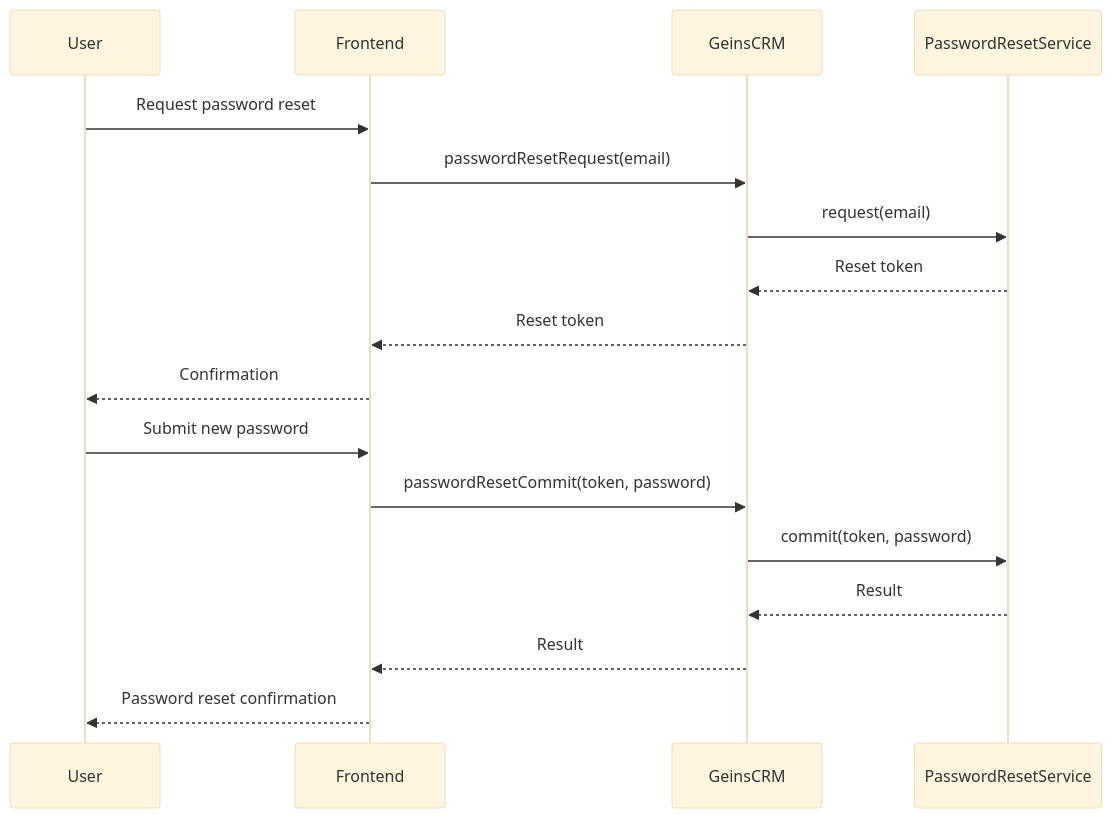
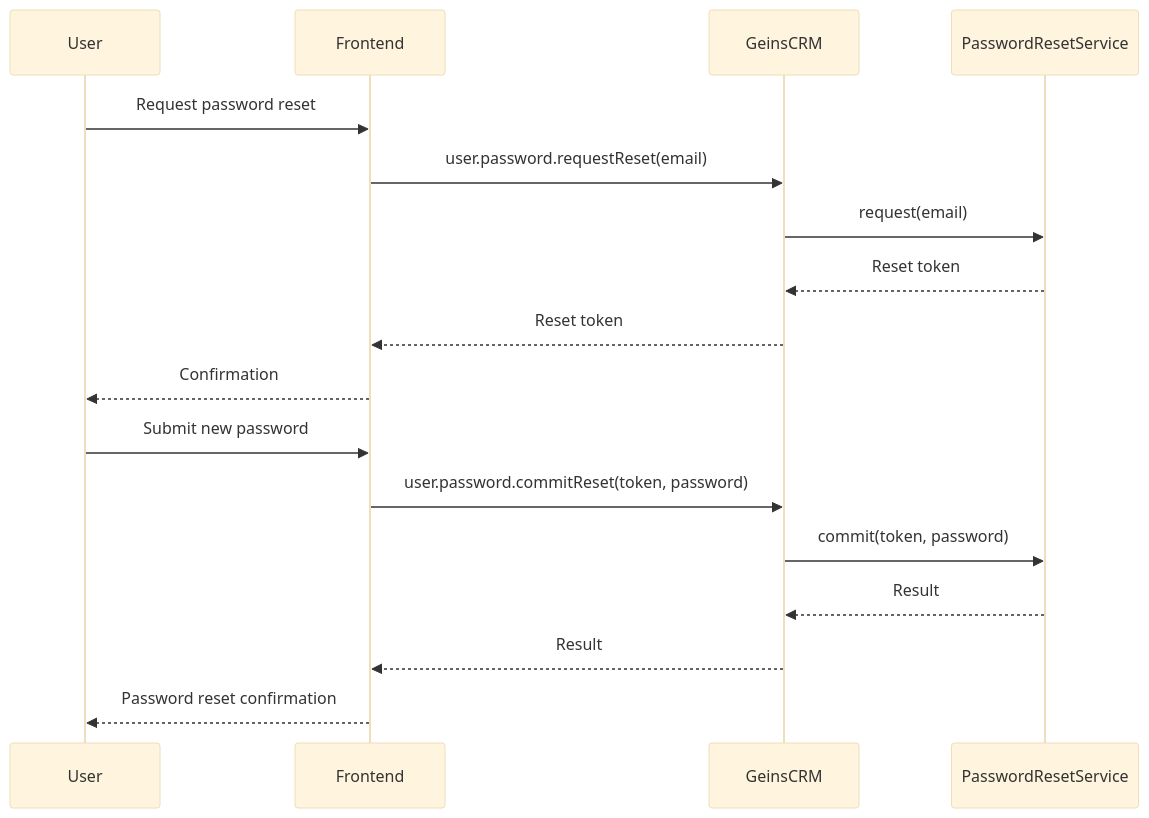
The diagram in docs/packages/crm/authentication.md (geins-io/geins-sdk), drawn with Mermaid (base theme) before and after one commit. The commit also changed other lines of this file and 6 other files, not shown here.

````diff
--- a/docs/packages/crm/authentication.md
+++ b/docs/packages/crm/authentication.md
@@ -160,20 +160,20 @@
 ```mermaid
 sequenceDiagram
     participant User
     participant Frontend
     participant GeinsCRM
     participant PasswordResetService
     User->>Frontend: Request password reset
-    Frontend->>GeinsCRM: passwordResetRequest(email)
+    Frontend->>GeinsCRM: user.password.requestReset(email)
     GeinsCRM->>PasswordResetService: request(email)
     PasswordResetService-->>GeinsCRM: Reset token
     GeinsCRM-->>Frontend: Reset token
     Frontend-->>User: Confirmation
     User->>Frontend: Submit new password
-    Frontend->>GeinsCRM: passwordResetCommit(token, password)
+    Frontend->>GeinsCRM: user.password.commitReset(token, password)
     GeinsCRM->>PasswordResetService: commit(token, password)
     PasswordResetService-->>GeinsCRM: Result
     GeinsCRM-->>Frontend: Result
     Frontend-->>User: Password reset confirmation
 
 ```
````
